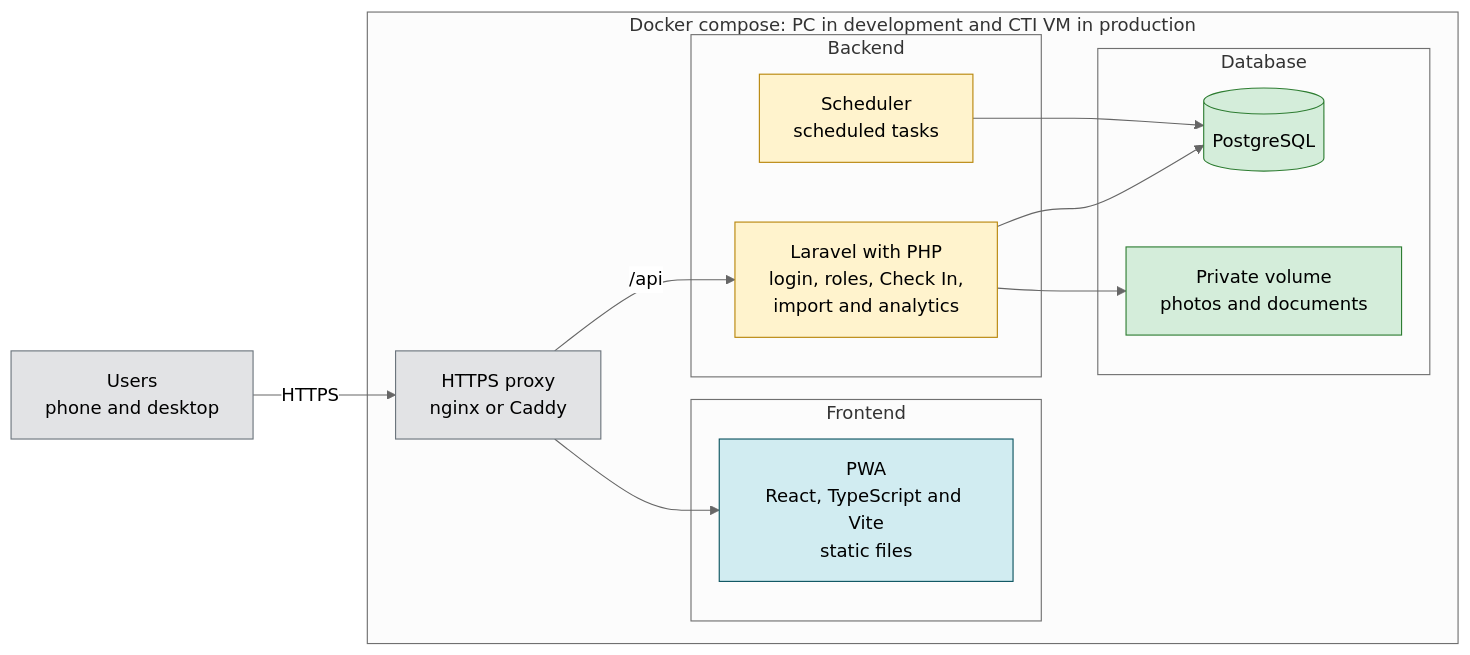
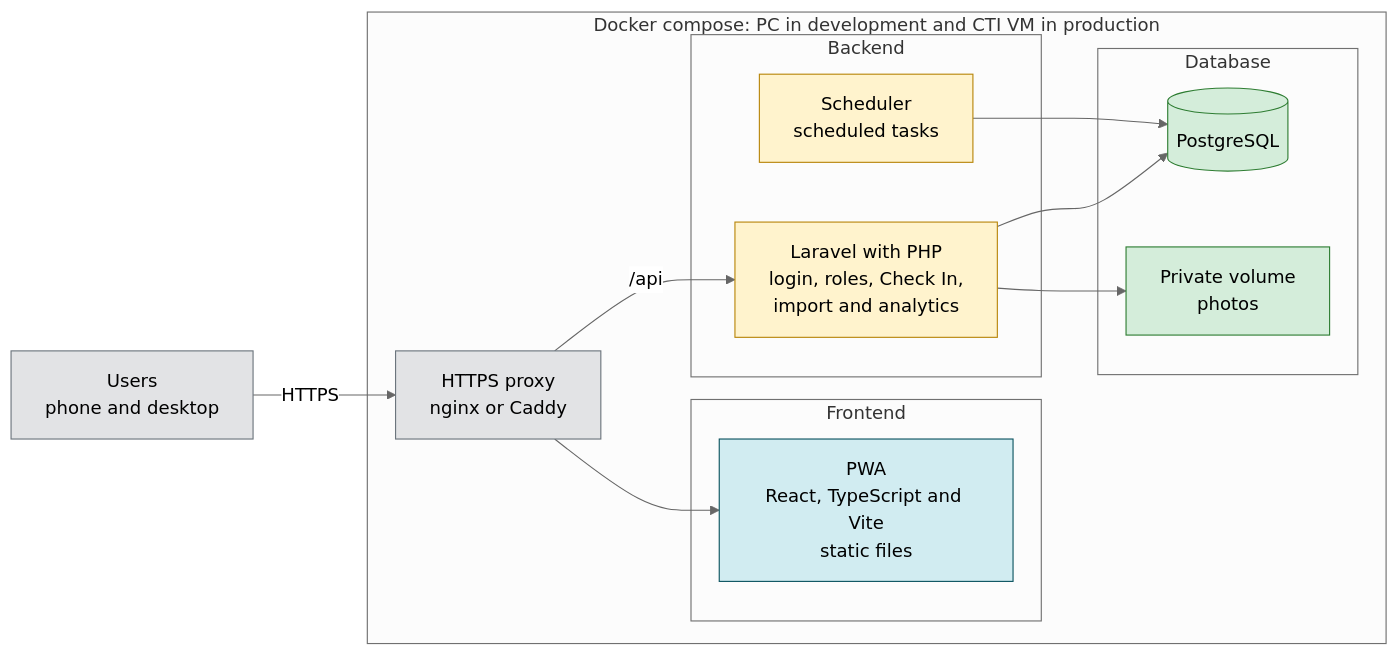
Before and after one commit to Th3-Minorities/natatorio-gym-app: the diagram in docs/context.md, drawn with Mermaid (neutral theme). The commit also changed other lines of this file and 5 other files, not shown here.

````diff
--- a/docs/context.md
+++ b/docs/context.md
@@ -104,38 +116,38 @@
 ```mermaid
 flowchart LR
   USER["Users<br/>phone and desktop"]
 
   subgraph DOCKER["Docker compose: PC in development and CTI VM in production"]
     PX["HTTPS proxy<br/>nginx or Caddy"]
 
     subgraph FRONT["Frontend"]
       F1["PWA<br/>React, TypeScript and Vite<br/>static files"]
     end
 
     subgraph BACK["Backend"]
       B1["Laravel with PHP<br/>login, roles, Check In,<br/>import and analytics"]
       B2["Scheduler<br/>scheduled tasks"]
     end
 
     subgraph DATA["Database"]
       D1[("PostgreSQL")]
-      D2["Private volume<br/>photos and documents"]
+      D2["Private volume<br/>photos"]
     end
   end
 
   USER -->|"HTTPS"| PX
   PX --> F1
   PX -->|"/api"| B1
   B1 --> D1
   B1 --> D2
   B2 --> D1
 
   classDef front fill:#d1ecf1,stroke:#0c5460,color:#000
   classDef back fill:#fff3cd,stroke:#b8860b,color:#000
   classDef data fill:#d4edda,stroke:#2e7d32,color:#000
   classDef host fill:#e2e3e5,stroke:#6c757d,color:#000
   class F1 front
   class B1,B2 back
   class D1,D2 data
   class PX,USER host
 ```
````
